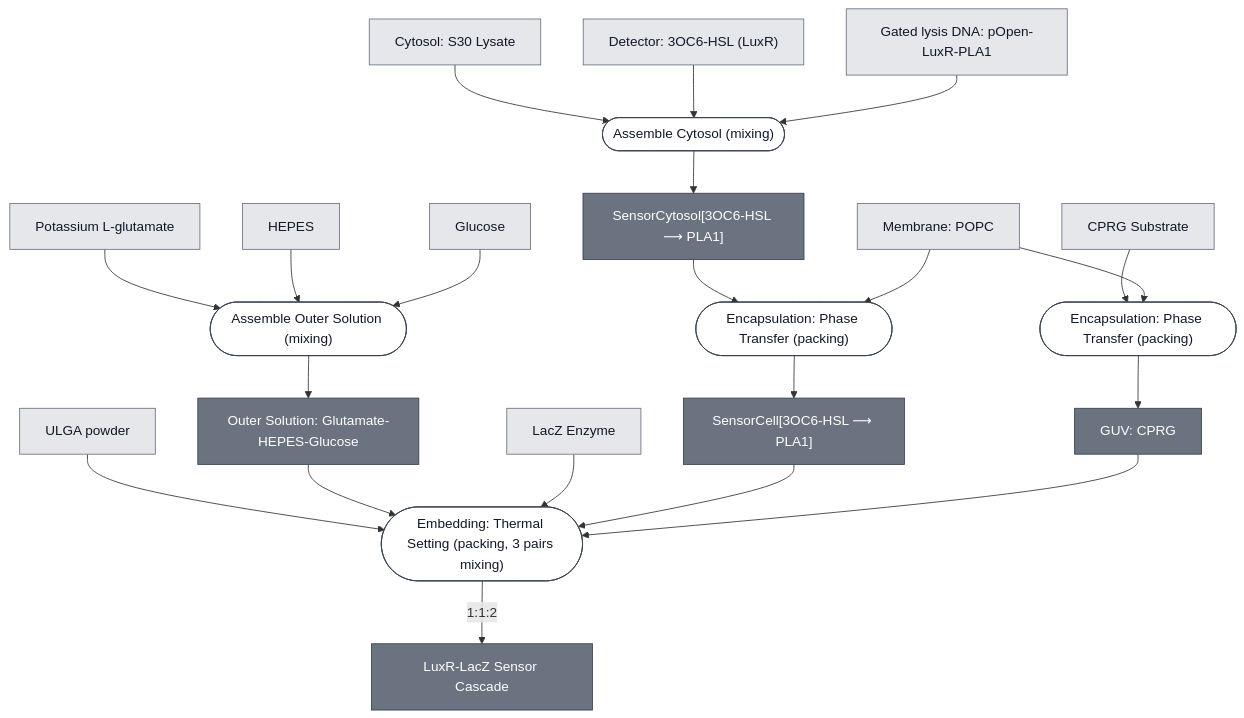
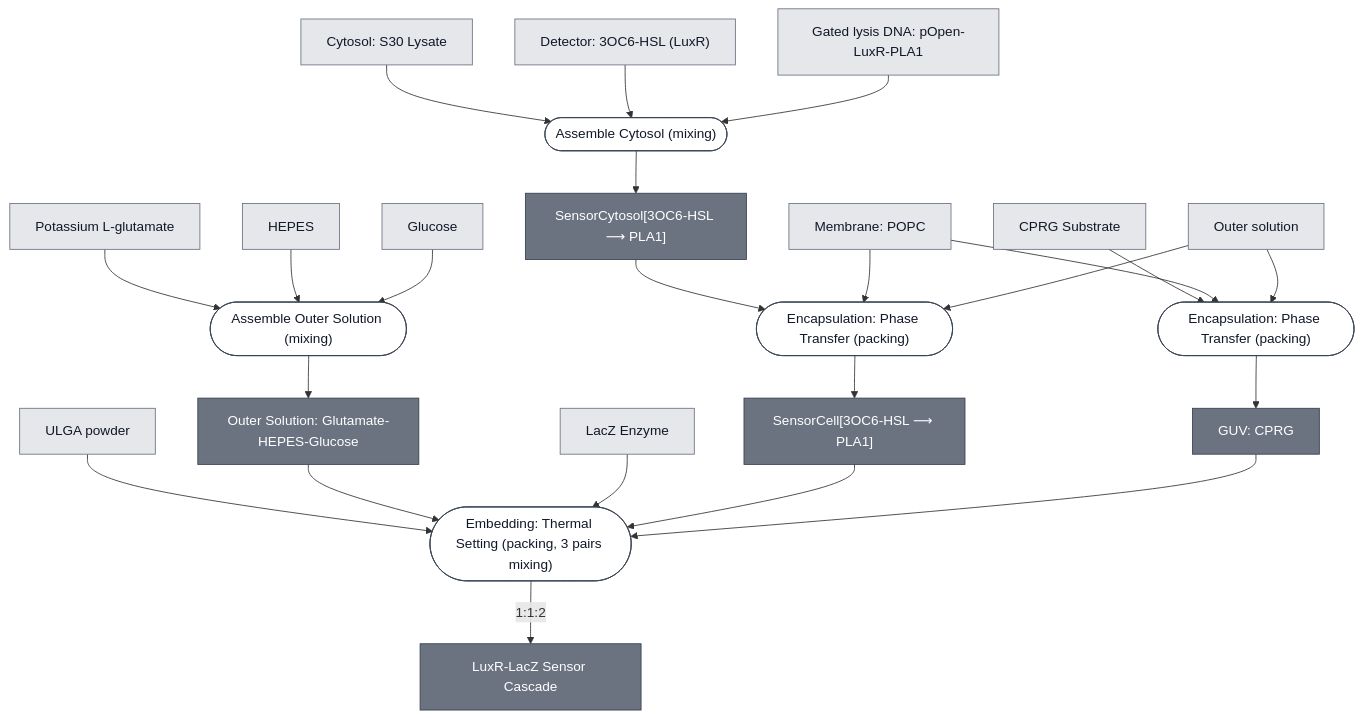
One commit to nucleus-eng/nucleus-docs changed the diagram in docs/modules/luxr-lacz-cascade/spec.md. Above: the diagram before and after it, drawn with Mermaid. The commit also changed 41 other files, not shown here.

````diff
--- a/docs/modules/luxr-lacz-cascade/spec.md
+++ b/docs/modules/luxr-lacz-cascade/spec.md
@@ -25,74 +25,78 @@
 ```mermaid
 flowchart TD
+    OUTER_SOLUTION["Outer solution"]
     S30_LYSATE["Cytosol: S30 Lysate"]
     DETECTOR_3OC6_HSL["Detector: 3OC6-HSL (LuxR)"]
     EFFECTOR_PLA1_LUXR["Gated lysis DNA: pOpen-LuxR-PLA1"]
     MEMBRANE_POPC["Membrane: POPC"]
     SUBSTRATE_CPRG["CPRG Substrate"]
     REPORTER_LACZ_ENZYME["LacZ Enzyme"]
     ULGA_POWDER["ULGA powder"]
     POTASSIUM_GLUTAMATE["Potassium L-glutamate"]
     HEPES["HEPES"]
     GLUCOSE["Glucose"]
 
     P1_ASSEMBLE_CYTOSOL_0(["Assemble Cytosol (mixing)"])
     AHSL_SENSOR_CYTOSOL["SensorCytosol[3OC6-HSL ⟶ PLA1]"]
     P2_ENCAPSULATE_SENSING_0(["Encapsulation: Phase Transfer (packing)"])
     AHSL_SENSING_CELL["SensorCell[3OC6-HSL ⟶ PLA1]"]
     P3_ENCAPSULATE_SUBSTRATE_0(["Encapsulation: Phase Transfer (packing)"])
     GUV_CPRG["GUV: CPRG"]
     P4_ASSEMBLE_OUTER_SOLUTION_0(["Assemble Outer Solution (mixing)"])
     OUTER_SOLUTION_GLUTAMATE["Outer Solution: Glutamate-HEPES-Glucose"]
     P5_EMBED_ULGA_0(["Embedding: Thermal Setting (packing, 3 pairs mixing)"])
     LUXR_LACZ_CASCADE["LuxR-LacZ Sensor Cascade"]
 
     S30_LYSATE --> P1_ASSEMBLE_CYTOSOL_0
     DETECTOR_3OC6_HSL --> P1_ASSEMBLE_CYTOSOL_0
     EFFECTOR_PLA1_LUXR --> P1_ASSEMBLE_CYTOSOL_0
     P1_ASSEMBLE_CYTOSOL_0 --> AHSL_SENSOR_CYTOSOL
 
     AHSL_SENSOR_CYTOSOL --> P2_ENCAPSULATE_SENSING_0
     MEMBRANE_POPC --> P2_ENCAPSULATE_SENSING_0
+    OUTER_SOLUTION --> P2_ENCAPSULATE_SENSING_0
     P2_ENCAPSULATE_SENSING_0 --> AHSL_SENSING_CELL
 
     SUBSTRATE_CPRG --> P3_ENCAPSULATE_SUBSTRATE_0
     MEMBRANE_POPC --> P3_ENCAPSULATE_SUBSTRATE_0
+    OUTER_SOLUTION --> P3_ENCAPSULATE_SUBSTRATE_0
     P3_ENCAPSULATE_SUBSTRATE_0 --> GUV_CPRG
 
     POTASSIUM_GLUTAMATE --> P4_ASSEMBLE_OUTER_SOLUTION_0
     HEPES --> P4_ASSEMBLE_OUTER_SOLUTION_0
     GLUCOSE --> P4_ASSEMBLE_OUTER_SOLUTION_0
     P4_ASSEMBLE_OUTER_SOLUTION_0 --> OUTER_SOLUTION_GLUTAMATE
 
     ULGA_POWDER --> P5_EMBED_ULGA_0
     OUTER_SOLUTION_GLUTAMATE --> P5_EMBED_ULGA_0
     REPORTER_LACZ_ENZYME --> P5_EMBED_ULGA_0
     AHSL_SENSING_CELL --> P5_EMBED_ULGA_0
     GUV_CPRG --> P5_EMBED_ULGA_0
     P5_EMBED_ULGA_0 -->|"1:1:2"| LUXR_LACZ_CASCADE
 
 
     classDef leaf     fill:#e5e7eb,stroke:#6b7280,color:#111827;
     classDef composed fill:#6b7280,stroke:#374151,color:#ffffff;
     classDef process  fill:#ffffff,stroke:#374151,color:#111827;
-    class S30_LYSATE,DETECTOR_3OC6_HSL,EFFECTOR_PLA1_LUXR,MEMBRANE_POPC,SUBSTRATE_CPRG,REPORTER_LACZ_ENZYME,ULGA_POWDER,POTASSIUM_GLUTAMATE,HEPES,GLUCOSE leaf;
+    class OUTER_SOLUTION,S30_LYSATE,DETECTOR_3OC6_HSL,EFFECTOR_PLA1_LUXR,MEMBRANE_POPC,SUBSTRATE_CPRG,REPORTER_LACZ_ENZYME,ULGA_POWDER,POTASSIUM_GLUTAMATE,HEPES,GLUCOSE leaf;
     class AHSL_SENSOR_CYTOSOL,AHSL_SENSING_CELL,GUV_CPRG,OUTER_SOLUTION_GLUTAMATE,LUXR_LACZ_CASCADE composed;
     class P1_ASSEMBLE_CYTOSOL_0,P2_ENCAPSULATE_SENSING_0,P3_ENCAPSULATE_SUBSTRATE_0,P4_ASSEMBLE_OUTER_SOLUTION_0,P5_EMBED_ULGA_0 process;
 
+    click OUTER_SOLUTION "/docs/modules/outer-solution/spec"
     click S30_LYSATE "/docs/modules/s30-lysate/spec"
     click DETECTOR_3OC6_HSL "/docs/modules/detector-3oc6-hsl/spec"
     click MEMBRANE_POPC "/docs/modules/membrane-popc/spec"
     click SUBSTRATE_CPRG "/docs/modules/substrate-cprg/spec"
     click REPORTER_LACZ_ENZYME "/docs/modules/reporter-lacz-enzyme/spec"
     click ULGA_POWDER "/docs/modules/gel-ulga/spec"
     click P1_ASSEMBLE_CYTOSOL_0 "/docs/processes/assemble-cytosol/assemble-cytosol-main"
     click AHSL_SENSOR_CYTOSOL "/docs/modules/ahsl-sensor-cytosol/spec"
     click P2_ENCAPSULATE_SENSING_0 "/docs/processes/assemble-base-cell/main"
     click AHSL_SENSING_CELL "/docs/modules/ahsl-sensing-cell/spec"
     click P3_ENCAPSULATE_SUBSTRATE_0 "/docs/processes/assemble-base-cell/main"
     click GUV_CPRG "/docs/modules/guv-cprg/spec"
     click P4_ASSEMBLE_OUTER_SOLUTION_0 "/docs/processes/assemble-outer-solution/main"
     click OUTER_SOLUTION_GLUTAMATE "/docs/modules/outer-solution-glutamate/spec"
     click P5_EMBED_ULGA_0 "/docs/processes/embed-thermal-setting/main"
     click LUXR_LACZ_CASCADE "/docs/modules/luxr-lacz-cascade/spec"
 ```
````
